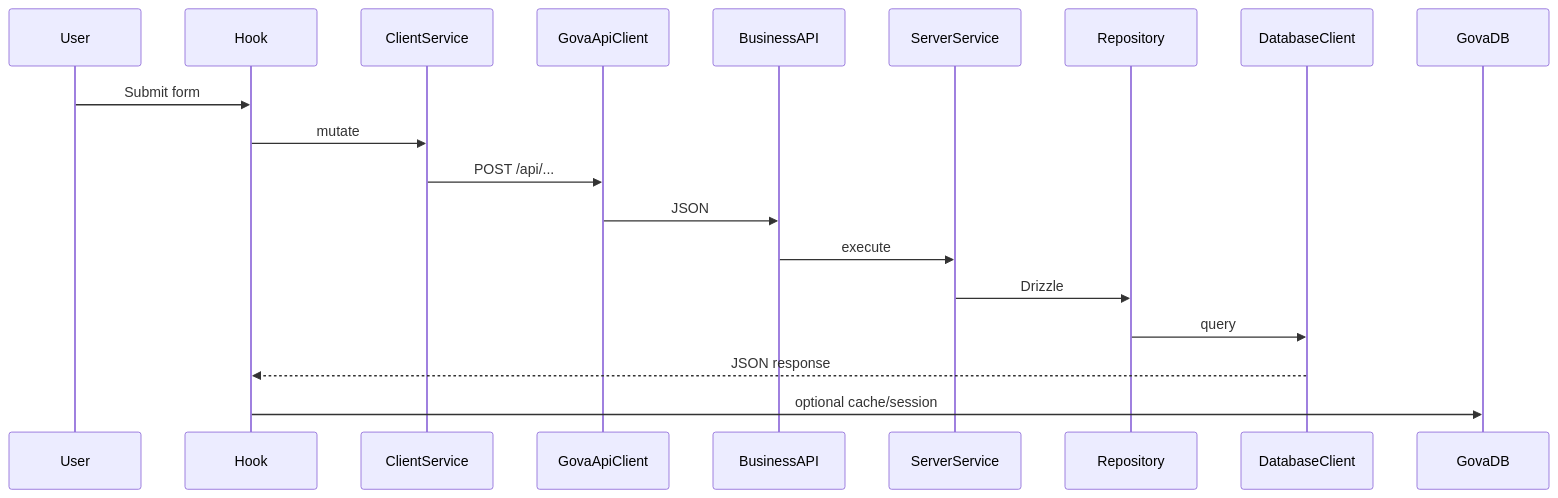
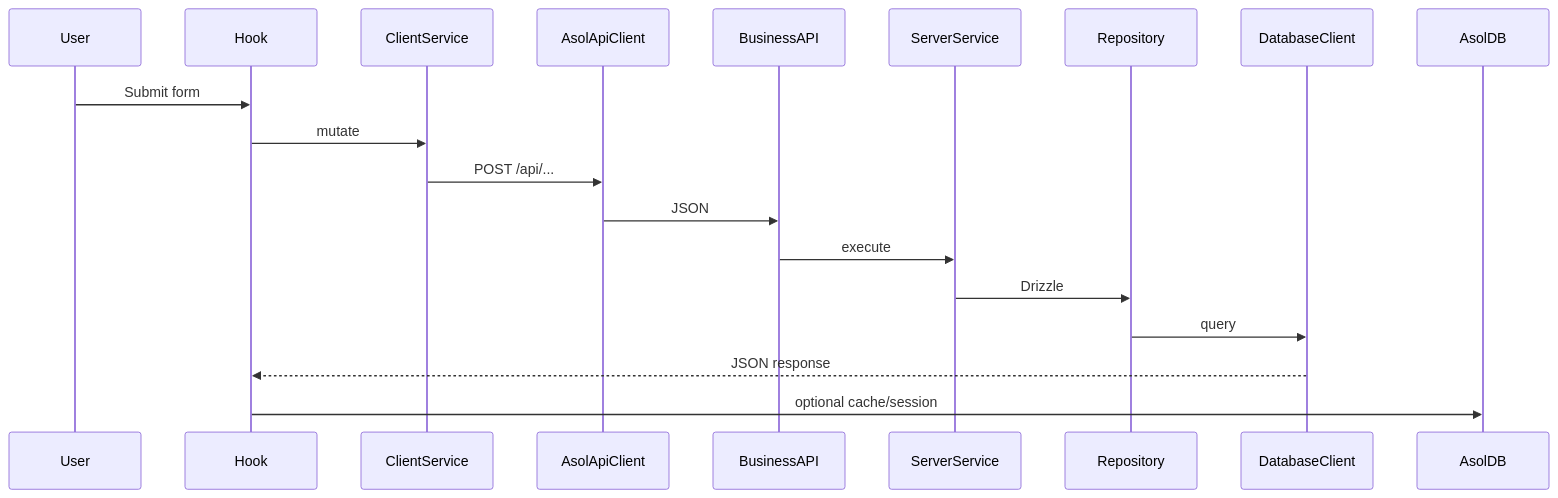
The diagram in doc/system/data-layers/22-scripts-and-workflows.md (printcode1000-lgtm/gova), drawn with Mermaid before and after one commit. The commit also changed other lines of this file and 331 other files, not shown here.

````diff
--- a/doc/system/data-layers/22-scripts-and-workflows.md
+++ b/doc/system/data-layers/22-scripts-and-workflows.md
@@ -66,12 +66,12 @@
 ```mermaid
 sequenceDiagram
     User->>Hook: Submit form
     Hook->>ClientService: mutate
-    ClientService->>GovaApiClient: POST /api/...
-    GovaApiClient->>BusinessAPI: JSON
+    ClientService->>AsolApiClient: POST /api/...
+    AsolApiClient->>BusinessAPI: JSON
     BusinessAPI->>ServerService: execute
     ServerService->>Repository: Drizzle
     Repository->>DatabaseClient: query
     DatabaseClient-->>Hook: JSON response
-    Hook->>GovaDB: optional cache/session
+    Hook->>AsolDB: optional cache/session
 ```
````
